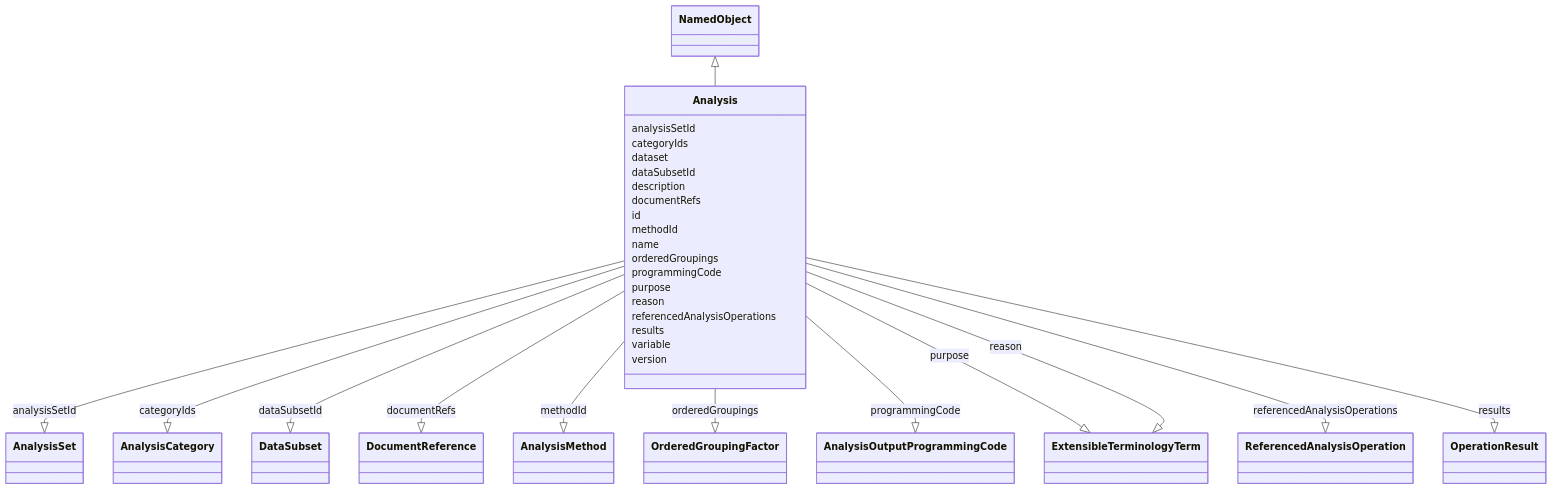
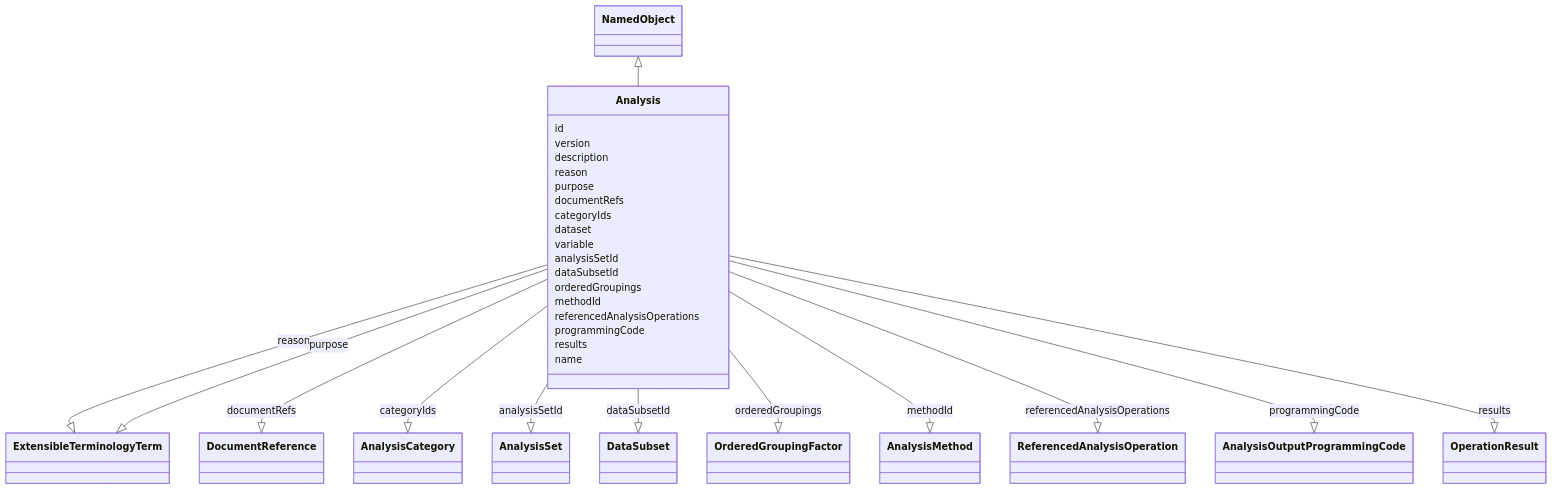
The diagram in project/docs/Analysis.md (cdisc-org/analysis-results-standard), drawn with Mermaid before and after one commit. The commit also changed other lines of this file and 192 other files, not shown here.

````diff
--- a/project/docs/Analysis.md
+++ b/project/docs/Analysis.md
@@ -27,63 +18,35 @@
 ```mermaid
  classDiagram
     class Analysis
       NamedObject <|-- Analysis
-      
-      Analysis : analysisSetId
+
+      Analysis : id
+        Analysis : version
+        Analysis : description
+        Analysis : reason
+        Analysis --|> ExtensibleTerminologyTerm : reason
+        Analysis : purpose
+        Analysis --|> ExtensibleTerminologyTerm : purpose
+        Analysis : documentRefs
+        Analysis --|> DocumentReference : documentRefs
+        Analysis : categoryIds
+        Analysis --|> AnalysisCategory : categoryIds
+        Analysis : dataset
+        Analysis : variable
+        Analysis : analysisSetId
+        Analysis --|> AnalysisSet : analysisSetId
+        Analysis : dataSubsetId
+        Analysis --|> DataSubset : dataSubsetId
+        Analysis : orderedGroupings
+        Analysis --|> OrderedGroupingFactor : orderedGroupings
+        Analysis : methodId
+        Analysis --|> AnalysisMethod : methodId
+        Analysis : referencedAnalysisOperations
+        Analysis --|> ReferencedAnalysisOperation : referencedAnalysisOperations
+        Analysis : programmingCode
+        Analysis --|> AnalysisOutputProgrammingCode : programmingCode
+        Analysis : results
+        Analysis --|> OperationResult : results
+        Analysis : name
         
-          Analysis --|> AnalysisSet : analysisSetId
-        
-      Analysis : categoryIds
-        
-          Analysis --|> AnalysisCategory : categoryIds
-        
-      Analysis : dataset
-        
-      Analysis : dataSubsetId
-        
-          Analysis --|> DataSubset : dataSubsetId
-        
-      Analysis : description
-        
-      Analysis : documentRefs
-        
-          Analysis --|> DocumentReference : documentRefs
-        
-      Analysis : id
-        
-      Analysis : methodId
-        
-          Analysis --|> AnalysisMethod : methodId
-        
-      Analysis : name
-        
-      Analysis : orderedGroupings
-        
-          Analysis --|> OrderedGroupingFactor : orderedGroupings
-        
-      Analysis : programmingCode
-        
-          Analysis --|> AnalysisOutputProgrammingCode : programmingCode
-        
-      Analysis : purpose
-        
-          Analysis --|> ExtensibleTerminologyTerm : purpose
-        
-      Analysis : reason
-        
-          Analysis --|> ExtensibleTerminologyTerm : reason
-        
-      Analysis : referencedAnalysisOperations
-        
-          Analysis --|> ReferencedAnalysisOperation : referencedAnalysisOperations
-        
-      Analysis : results
-        
-          Analysis --|> OperationResult : results
-        
-      Analysis : variable
-        
-      Analysis : version
-        
-      
 ```
````
